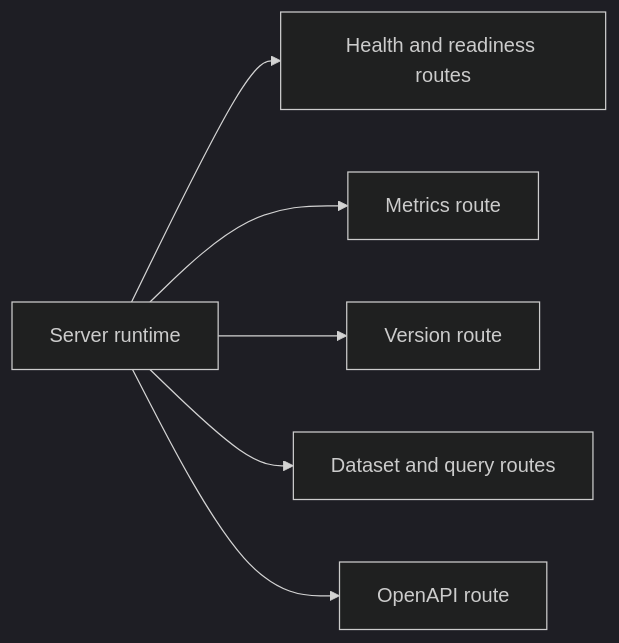
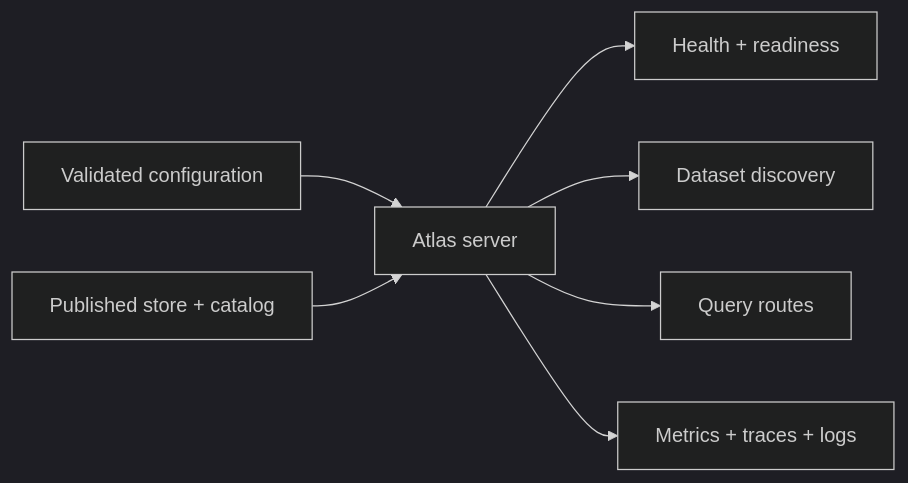
Before and after one commit to bijux/bijux-atlas: the diagram in docs/bijux-atlas/interfaces/server-workflows.md, drawn with Mermaid (dark theme). The commit also changed other lines of this file and 1 other file, not shown here.

````diff
--- a/docs/bijux-atlas/interfaces/server-workflows.md
+++ b/docs/bijux-atlas/interfaces/server-workflows.md
@@ -34,8 +19,9 @@
 ```mermaid
 flowchart LR
-    Runtime[Server runtime] --> Health[Health and readiness routes]
-    Runtime --> Metrics[Metrics route]
-    Runtime --> Version[Version route]
-    Runtime --> Data[Dataset and query routes]
-    Runtime --> OpenAPI[OpenAPI route]
+    Config[Validated configuration] --> Server[Atlas server]
+    Store[Published store + catalog] --> Server
+    Server --> Health[Health + readiness]
+    Server --> Discovery[Dataset discovery]
+    Server --> Queries[Query routes]
+    Server --> Signals[Metrics + traces + logs]
 ```
````
